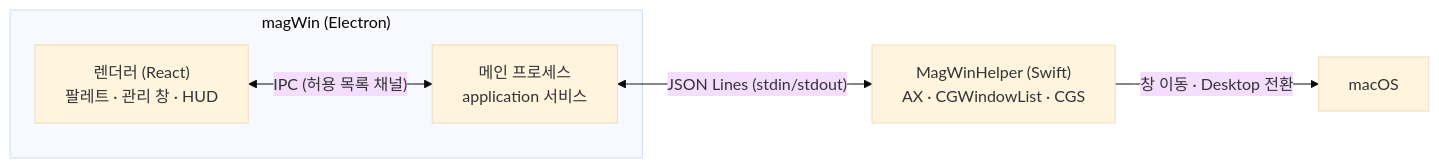
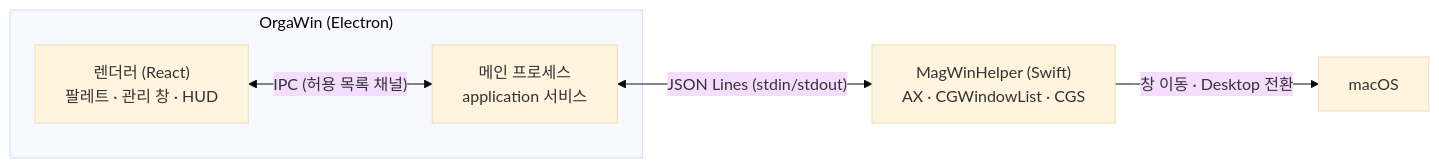
One commit to magzogs/magWin changed the diagram in docs/docs/intro.md. Above: the diagram before and after it, drawn with Mermaid (base theme). The commit also changed other lines of this file and 64 other files, not shown here.

First line of the commit message:
Rename app to OrgaWin and set the support email

````diff
--- a/docs/docs/intro.md
+++ b/docs/docs/intro.md
@@ -17,11 +17,11 @@
 ```mermaid
 flowchart LR
-  subgraph Electron["magWin (Electron)"]
+  subgraph Electron["OrgaWin (Electron)"]
     R["렌더러 (React)<br/>팔레트 · 관리 창 · HUD"]
     M["메인 프로세스<br/>application 서비스"]
   end
   H["MagWinHelper (Swift)<br/>AX · CGWindowList · CGS"]
   R <-- "IPC (허용 목록 채널)" --> M
   M <-- "JSON Lines (stdin/stdout)" --> H
   H -- "창 이동 · Desktop 전환" --> OS["macOS"]
 ```
````
